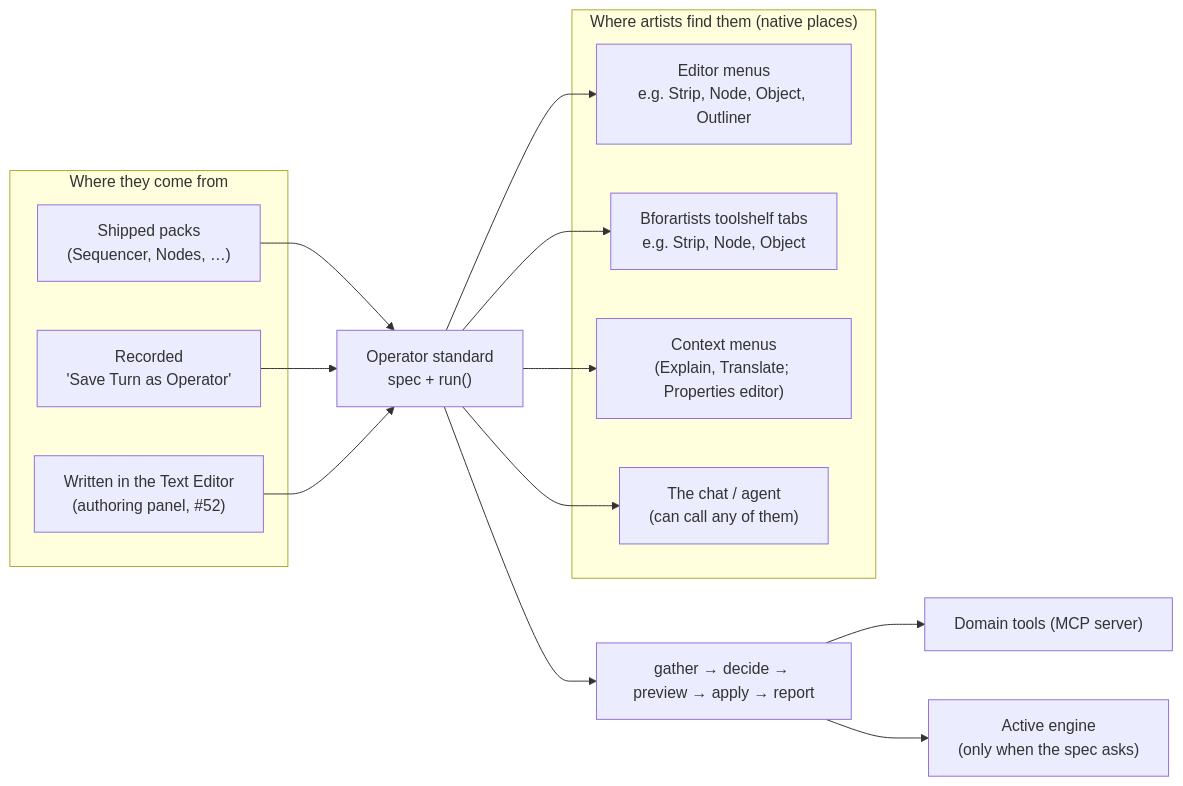
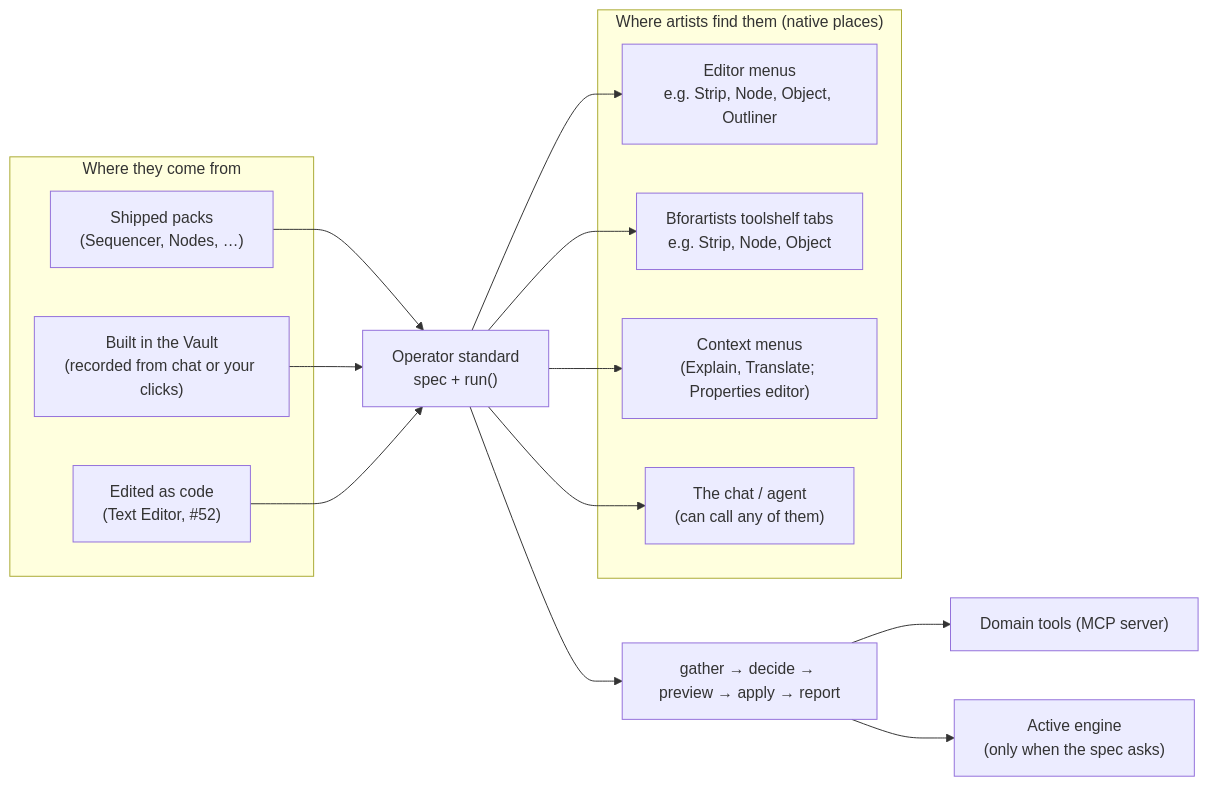
Before and after one commit to Draise14/bfa_coworker: the first of 4 diagrams in _misc/plan_tier4m_coworker_operators.md, drawn with Mermaid. The commit also changed other lines of this file and 3 other files, not shown here.

First line of the commit message:
plan: the Vault -- one dedicated panel to build, record and publish your own operators

````diff
--- a/_misc/plan_tier4m_coworker_operators.md
+++ b/_misc/plan_tier4m_coworker_operators.md
@@ -48,25 +49,25 @@
 ```mermaid
 flowchart LR
     subgraph Sources["Where they come from"]
         S1["Shipped packs<br/>(Sequencer, Nodes, …)"]
-        S2["Recorded<br/>'Save Turn as Operator'"]
-        S3["Written in the Text Editor<br/>(authoring panel, #52)"]
+        S2["Built in the Vault<br/>(recorded from chat or your clicks)"]
+        S3["Edited as code<br/>(Text Editor, #52)"]
     end
     STD["Operator standard<br/>spec + run()"]
     S1 --> STD
     S2 --> STD
     S3 --> STD
     subgraph Places["Where artists find them (native places)"]
         P1["Editor menus<br/>e.g. Strip, Node, Object, Outliner"]
         P2["Bforartists toolshelf tabs<br/>e.g. Strip, Node, Object"]
         P3["Context menus<br/>(Explain, Translate; Properties editor)"]
         P4["The chat / agent<br/>(can call any of them)"]
     end
     STD --> P1
     STD --> P2
     STD --> P3
     STD --> P4
     STD --> RUN["gather → decide → preview → apply → report"]
     RUN --> TOOLS["Domain tools (MCP server)"]
     RUN --> ENG["Active engine<br/>(only when the spec asks)"]
 ```
````
